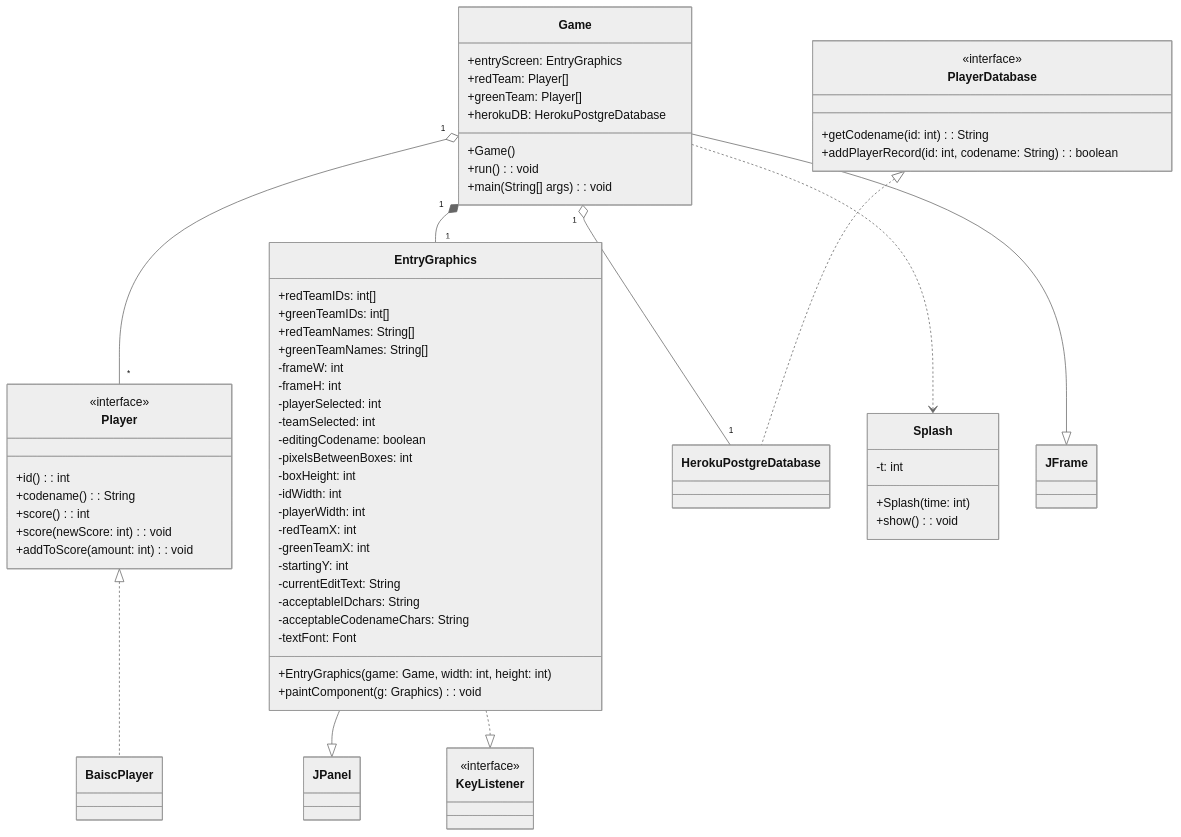
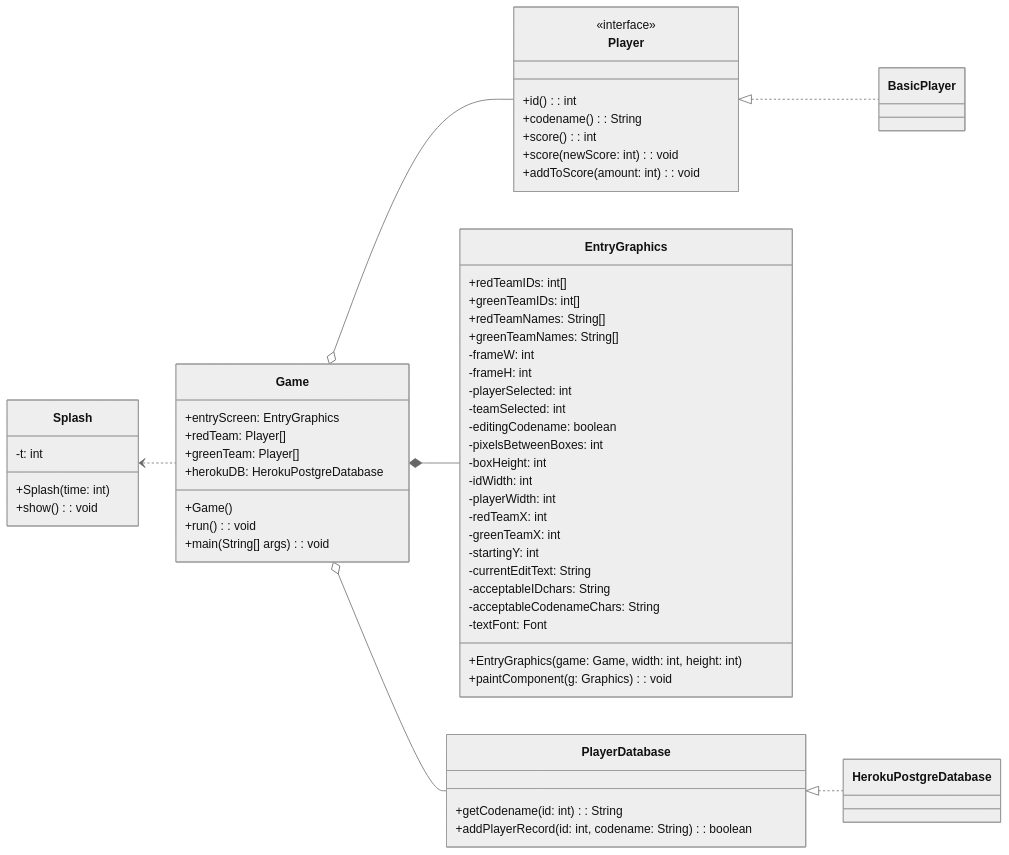
One commit to UArk-CSCE-3513-2022-Fall-Team-01/Photon changed the diagram in class-diagram.md. Above: the diagram before and after it, drawn with Mermaid (neutral theme).

Commit message:
Update class-diagram

````diff
--- a/class-diagram.md
+++ b/class-diagram.md
@@ -5,70 +5,65 @@
 ```mermaid
 classDiagram-v2
-    Game "1" o-- "*" Player
-    Game "1" *-- "1" EntryGraphics
-    Game "1" o-- "1" HerokuPostgreDatabase
-    Game ..> Splash
-    Game --|> JFrame
-    EntryGraphics --|> JPanel
-    EntryGraphics ..|> KeyListener
-    Player <|.. BaiscPlayer
+    direction LR
+    Game o-- Player
+    Game *-- EntryGraphics
+    Game o-- PlayerDatabase
+    Splash <.. Game
+    Player <|.. BasicPlayer
     PlayerDatabase <|.. HerokuPostgreDatabase
-
-    <<interface>> KeyListener
 
     class Game {
         +entryScreen: EntryGraphics
         +redTeam: Player[]
         +greenTeam: Player[]
         +herokuDB: HerokuPostgreDatabase
         +Game()
         +run(): void
         +main(String[] args): void
     }
 
     class Player {
         <<interface>>
         +id(): int
         +codename(): String
         +score(): int
         +score(newScore: int): void
         +addToScore(amount: int): void
     }
 
     class PlayerDatabase {
-        <<interface>>
         +getCodename(id: int): String
         +addPlayerRecord(id: int, codename: String): boolean
     }
 
     class Splash {
         -t: int
         +Splash(time: int)
         +show(): void
     }
 
     class EntryGraphics {
         +redTeamIDs: int[]
         +greenTeamIDs: int[]
         +redTeamNames: String[]
         +greenTeamNames: String[]
         -frameW: int
         -frameH: int
         -playerSelected: int
         -teamSelected: int
         -editingCodename: boolean
         -pixelsBetweenBoxes: int
         -boxHeight: int
         -idWidth: int
         -playerWidth: int
         -redTeamX: int
         -greenTeamX: int
         -startingY: int
         -currentEditText: String
         -acceptableIDchars: String
         -acceptableCodenameChars: String
         -textFont: Font
         +EntryGraphics(game: Game, width: int, height: int)
         +paintComponent(g: Graphics): void
     }
 ```
````
